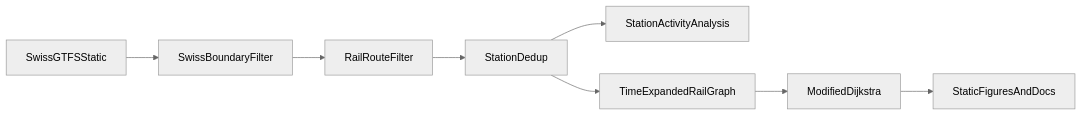
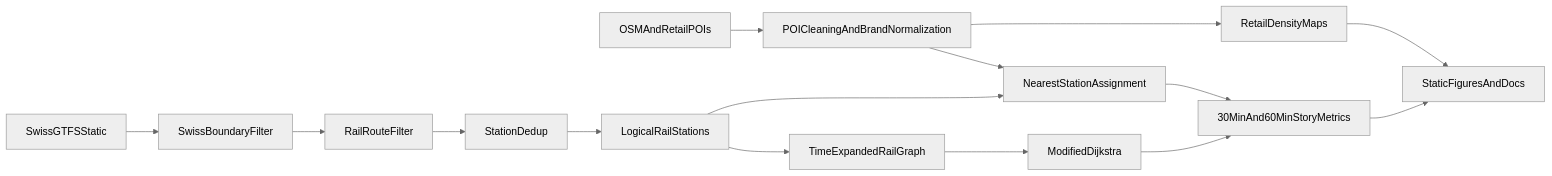
The diagram in docs/methodology.md (com-480-data-visualization/SwissReach), drawn with Mermaid (neutral theme) before and after one commit. The commit also changed other lines of this file and 17 other files, not shown here.

````diff
--- a/docs/methodology.md
+++ b/docs/methodology.md
@@ -5,10 +5,17 @@
 ```mermaid
 flowchart LR
 rawGtfs[SwissGTFSStatic] --> swissFilter[SwissBoundaryFilter]
 swissFilter --> railFilter[RailRouteFilter]
 railFilter --> stationDedup[StationDedup]
-stationDedup --> activityAnalysis[StationActivityAnalysis]
-stationDedup --> tripGraph[TimeExpandedRailGraph]
+rawPois[OSMAndRetailPOIs] --> poiCleaning[POICleaningAndBrandNormalization]
+stationDedup --> stationMeta[LogicalRailStations]
+stationMeta --> tripGraph[TimeExpandedRailGraph]
 tripGraph --> reachability[ModifiedDijkstra]
-reachability --> docsOutput[StaticFiguresAndDocs]
+poiCleaning --> nearestJoin[NearestStationAssignment]
+stationMeta --> nearestJoin
+reachability --> storyMetrics[30MinAnd60MinStoryMetrics]
+nearestJoin --> storyMetrics
+poiCleaning --> densityMaps[RetailDensityMaps]
+storyMetrics --> docsOutput[StaticFiguresAndDocs]
+densityMaps --> docsOutput
 ```
````
